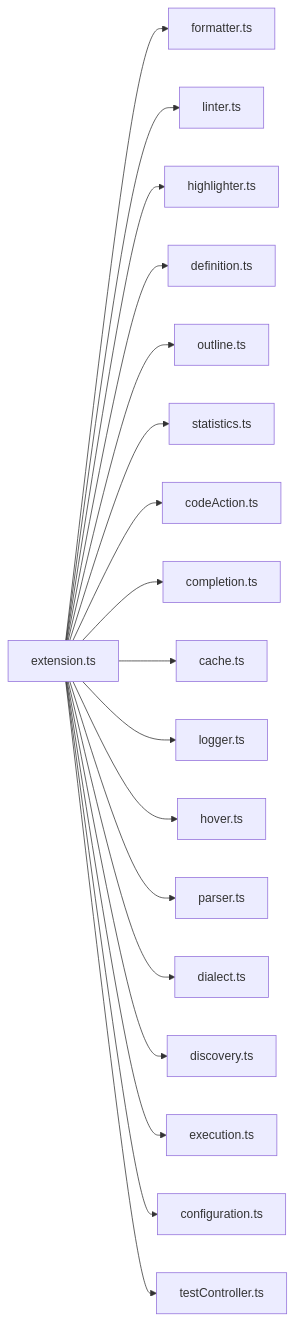
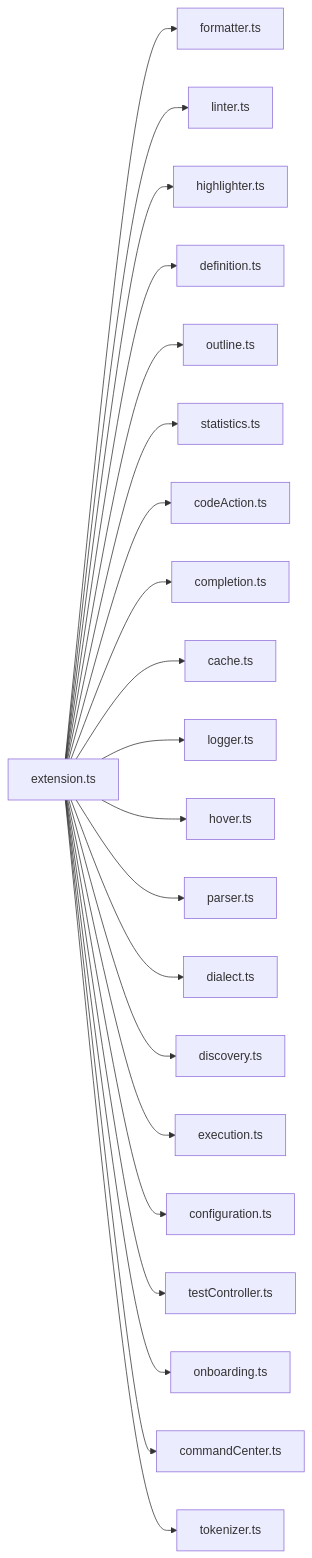
The first of 4 diagrams in docs/ARCHITECTURE.md (carlos-camara/vscode-gherkin-beautifier), drawn with Mermaid before and after one commit. The commit also changed other lines of this file and 10 other files, not shown here.

First line of the commit message:
docs: update all project documentation to reflect lazy-load architecture

````diff
--- a/docs/ARCHITECTURE.md
+++ b/docs/ARCHITECTURE.md
@@ -15,21 +15,23 @@
 ```mermaid
 graph LR
     A[extension.ts] --> B[formatter.ts]
     A --> C[linter.ts]
     A --> D[highlighter.ts]
     A --> E[definition.ts]
     A --> F[outline.ts]
     A --> G[statistics.ts]
     A --> H[codeAction.ts]
     A --> I[completion.ts]
     A --> J[cache.ts]
     A --> K[logger.ts]
     A --> L[hover.ts]
     A --> M[parser.ts]
     A --> N[dialect.ts]
     A --> O[discovery.ts]
     A --> P[execution.ts]
-
     A --> R[configuration.ts]
     A --> S[testController.ts]
+    A --> T[onboarding.ts]
+    A --> U[commandCenter.ts]
+    A --> V[tokenizer.ts]
 ```
````
